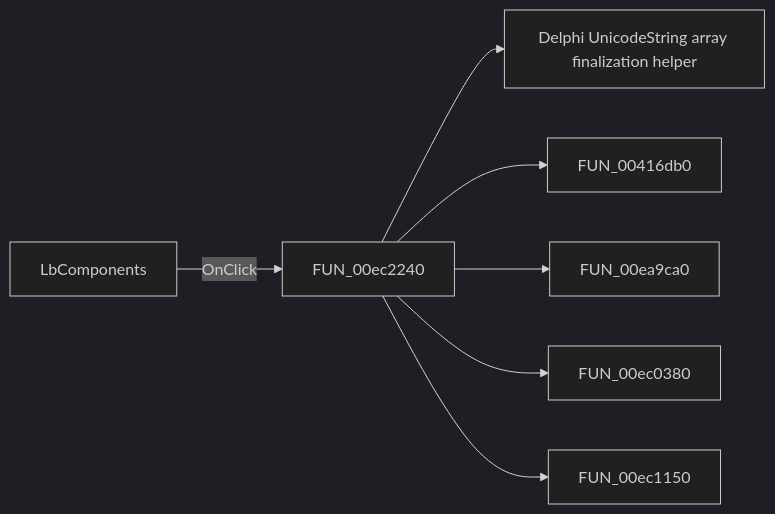
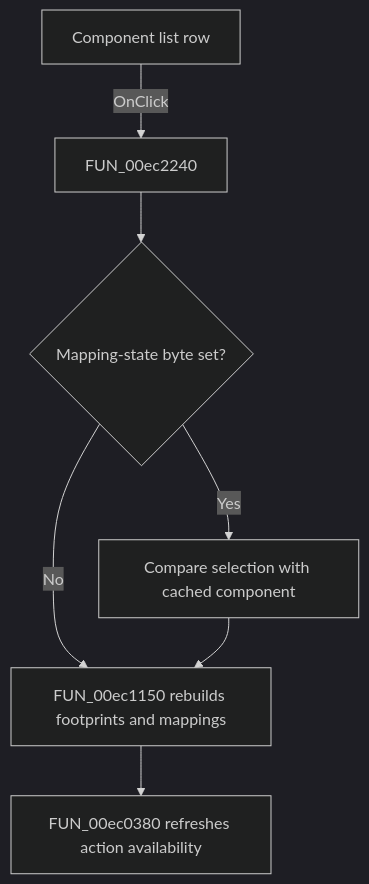
One commit to MovGP0/TIARA changed the diagram in docs/ui-controls/pcbform4/lbcomponents-623157e3ad.md. Above: the diagram before and after it, drawn with Mermaid (dark theme). The commit also changed other lines of this file and 1062 other files, not shown here.

````diff
--- a/docs/ui-controls/pcbform4/lbcomponents-623157e3ad.md
+++ b/docs/ui-controls/pcbform4/lbcomponents-623157e3ad.md
@@ -27,9 +31,9 @@
 ```mermaid
-flowchart LR
-    control["LbComponents"] -->|OnClick| handler["FUN_00ec2240"]
-    handler --> call1["Delphi UnicodeString array finalization helper"]
-    handler --> call2["FUN_00416db0"]
-    handler --> call3["FUN_00ea9ca0"]
-    handler --> call4["FUN_00ec0380"]
-    handler --> call5["FUN_00ec1150"]
+flowchart TD
+    control["Component list row"] -->|OnClick| handler["FUN_00ec2240"]
+    handler --> guard{"Mapping-state byte set?"}
+    guard -->|Yes| compare["Compare selection with cached component"]
+    guard -->|No| rebuild["FUN_00ec1150 rebuilds footprints and mappings"]
+    compare --> rebuild
+    rebuild --> refresh["FUN_00ec0380 refreshes action availability"]
 ```
````
